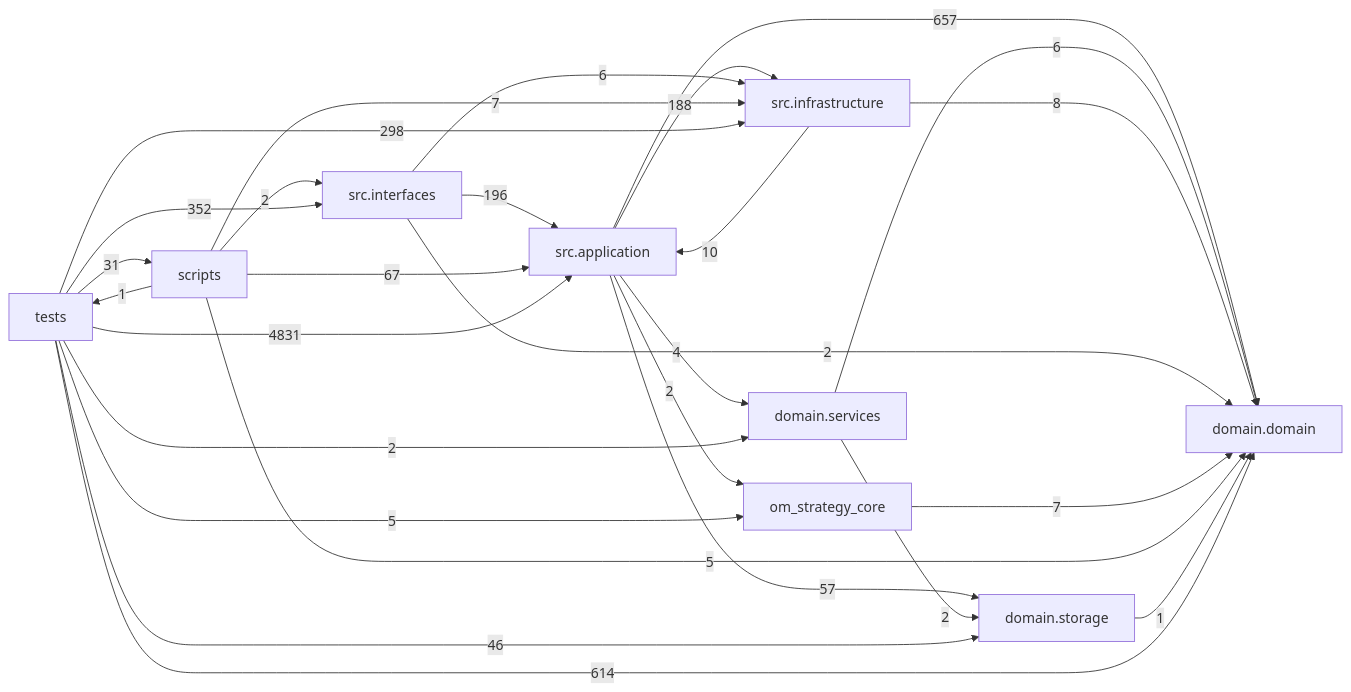
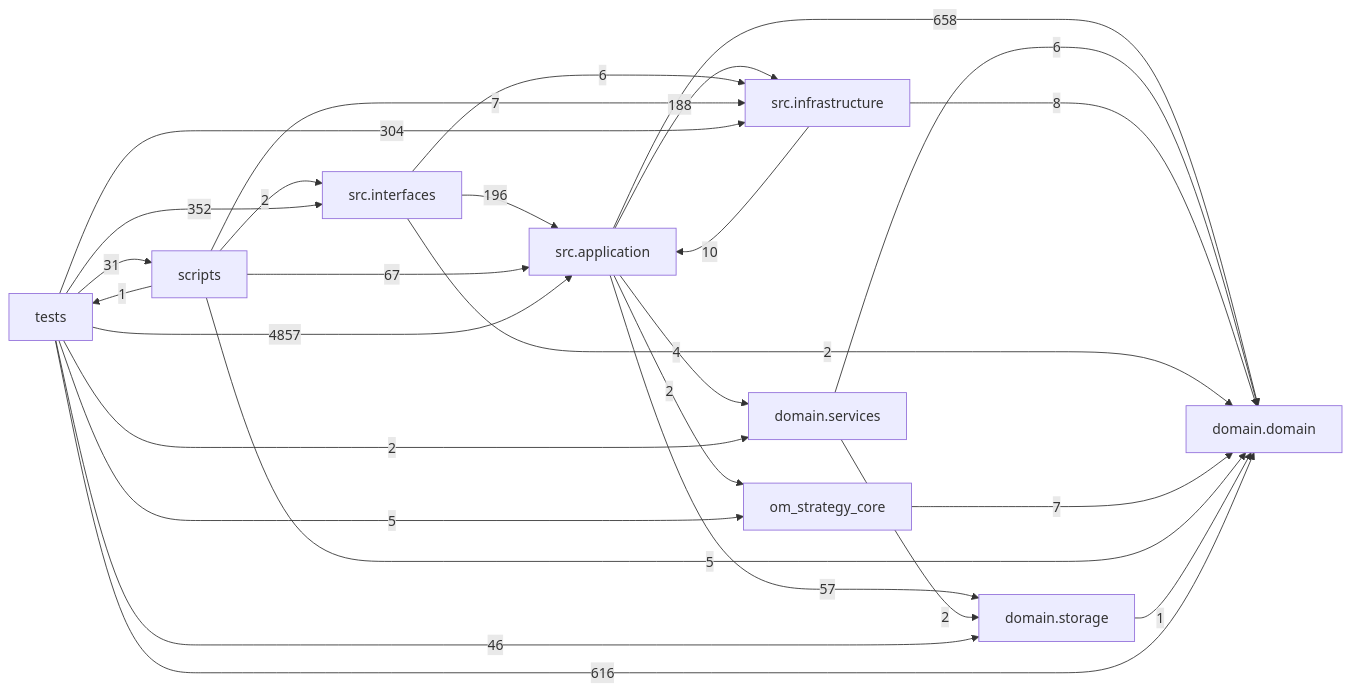
The diagram in docs/DEPENDENCY_GRAPH.md (liuxie066/options-monitor), drawn with Mermaid before and after one commit. The commit also changed other lines of this file and 6 other files, not shown here.

````diff
--- a/docs/DEPENDENCY_GRAPH.md
+++ b/docs/DEPENDENCY_GRAPH.md
@@ -24,38 +24,38 @@
 ```mermaid
 flowchart LR
   tests["tests"]
   scripts["scripts"]
   interfaces["src.interfaces"]
   application["src.application"]
   infrastructure["src.infrastructure"]
   domain_services["domain.services"]
   domain["domain.domain"]
   storage["domain.storage"]
-  application -->|657| domain
+  application -->|658| domain
   application -->|4| domain_services
   application -->|188| infrastructure
   application -->|2| om_strategy_core
   application -->|57| storage
   domain_services -->|6| domain
   domain_services -->|2| storage
   infrastructure -->|10| application
   infrastructure -->|8| domain
   interfaces -->|196| application
   interfaces -->|2| domain
   interfaces -->|6| infrastructure
   om_strategy_core -->|7| domain
   scripts -->|67| application
   scripts -->|5| domain
   scripts -->|7| infrastructure
   scripts -->|2| interfaces
   scripts -->|1| tests
   storage -->|1| domain
-  tests -->|4831| application
-  tests -->|614| domain
+  tests -->|4857| application
+  tests -->|616| domain
   tests -->|2| domain_services
-  tests -->|298| infrastructure
+  tests -->|304| infrastructure
   tests -->|352| interfaces
   tests -->|5| om_strategy_core
   tests -->|31| scripts
   tests -->|46| storage
 ```
````
